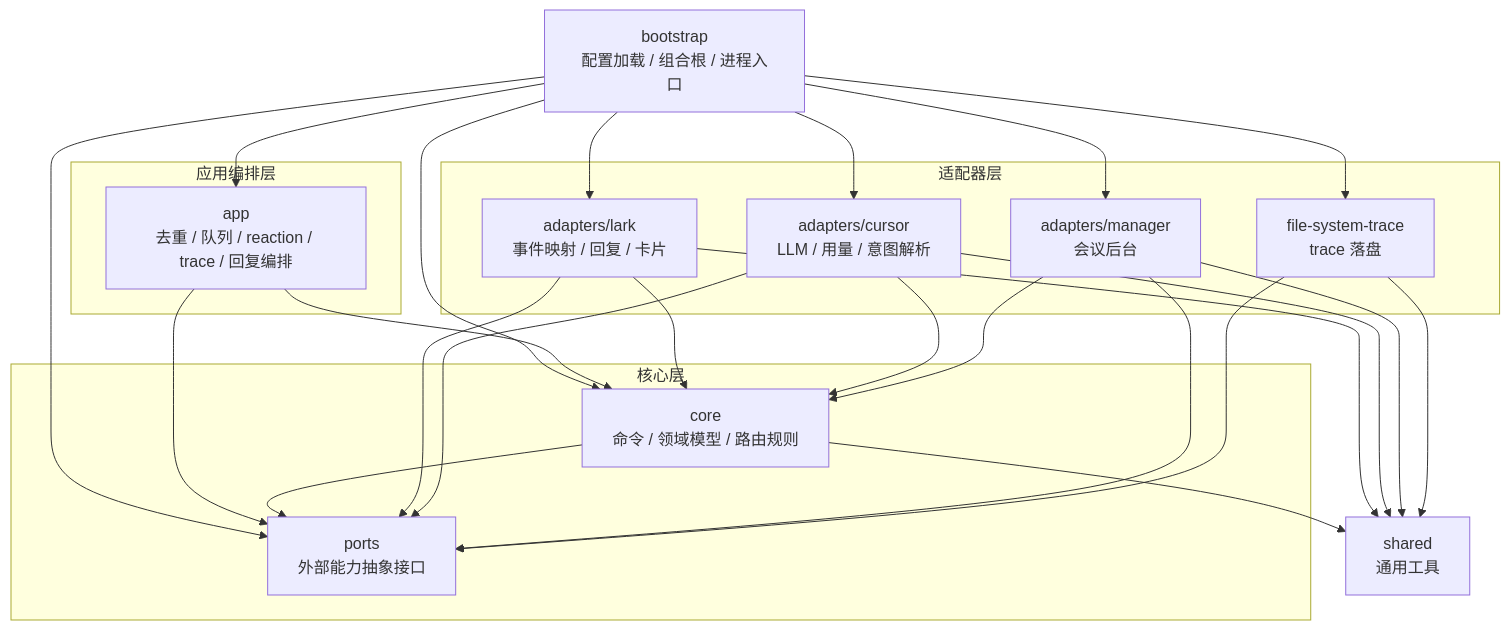
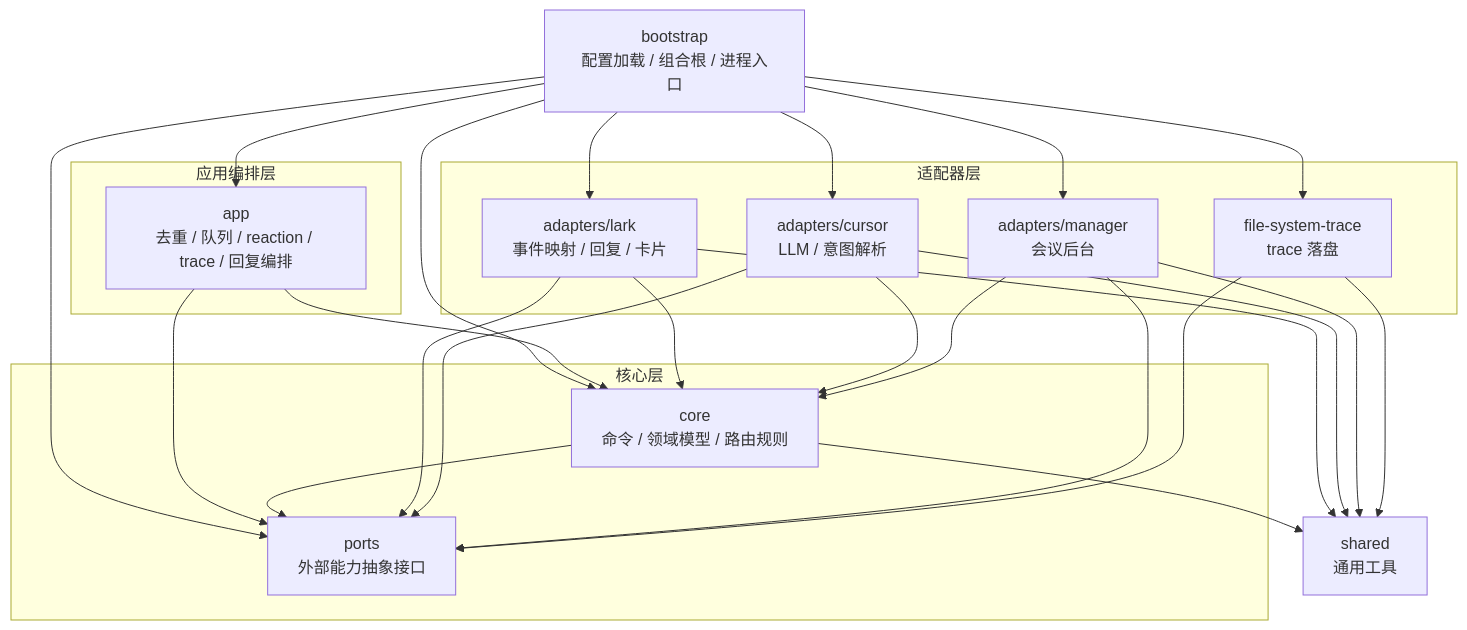
Before and after one commit to zreal-leo/feishu-cli: the first of 3 diagrams in docs/ARCHITECTURE.md, drawn with Mermaid. The commit also changed other lines of this file and 15 other files, not shown here.

````diff
--- a/docs/ARCHITECTURE.md
+++ b/docs/ARCHITECTURE.md
@@ -65,50 +61,50 @@
 ```mermaid
 flowchart TB
     Bootstrap["bootstrap<br/>配置加载 / 组合根 / 进程入口"]
 
     subgraph AppLayer["应用编排层"]
         App["app<br/>去重 / 队列 / reaction / trace / 回复编排"]
     end
 
     subgraph CoreLayer["核心层"]
         Core["core<br/>命令 / 领域模型 / 路由规则"]
         Ports["ports<br/>外部能力抽象接口"]
     end
 
     subgraph AdapterLayer["适配器层"]
         Lark["adapters/lark<br/>事件映射 / 回复 / 卡片"]
-        Cursor["adapters/cursor<br/>LLM / 用量 / 意图解析"]
+        Cursor["adapters/cursor<br/>LLM / 意图解析"]
         Manager["adapters/manager<br/>会议后台"]
         Trace["file-system-trace<br/>trace 落盘"]
     end
 
     Shared["shared<br/>通用工具"]
 
     Bootstrap --> App
     Bootstrap --> Core
     Bootstrap --> Ports
     Bootstrap --> Lark
     Bootstrap --> Cursor
     Bootstrap --> Manager
     Bootstrap --> Trace
 
     App --> Core
     App --> Ports
 
     Core --> Ports
     Core --> Shared
 
     Lark --> Ports
     Cursor --> Ports
     Manager --> Ports
     Trace --> Ports
 
     Lark --> Core
     Cursor --> Core
     Manager --> Core
 
     Lark --> Shared
     Cursor --> Shared
     Manager --> Shared
     Trace --> Shared
 ```
````
